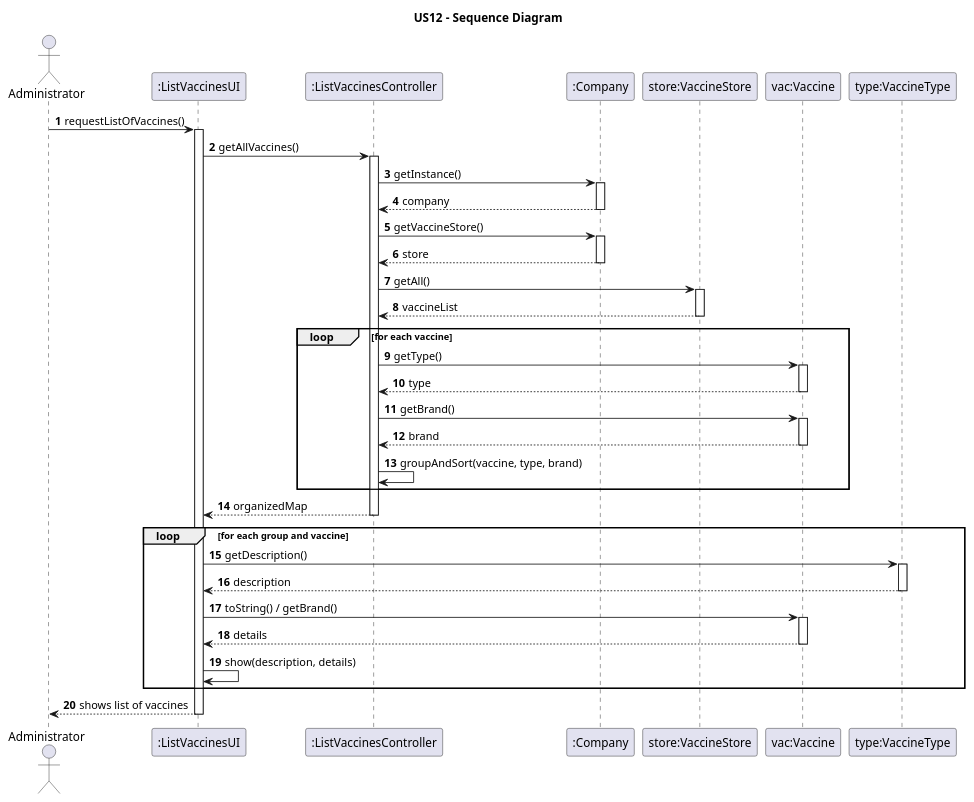
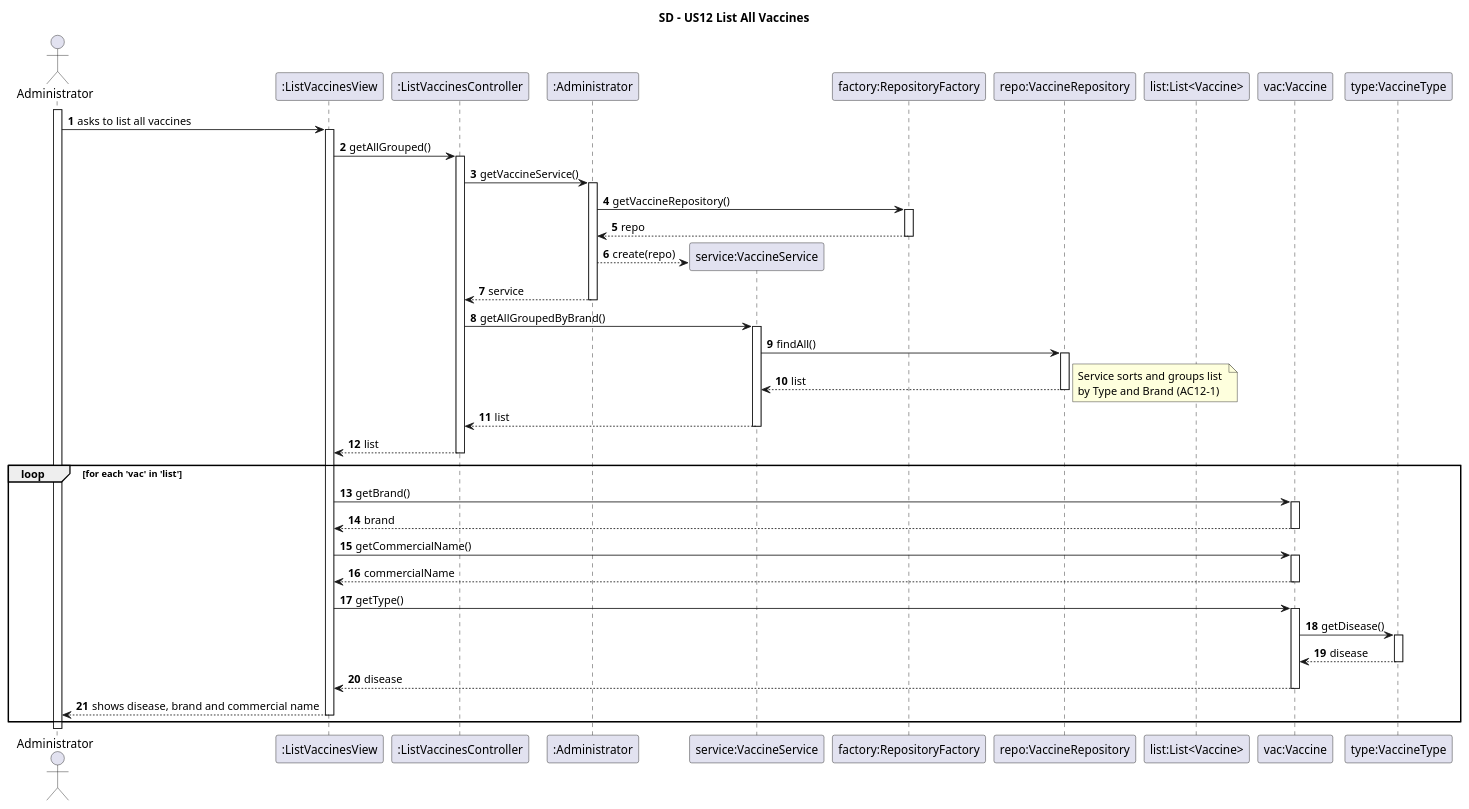
Before and after one commit to luluisfcm/leti-esoft-25-26-B5: the diagram in docs/system-documentation/US12/puml/US12-SD.puml, drawn with PlantUML. The commit also changed 13 other files, not shown here.

```diff
--- a/docs/system-documentation/US12/puml/US12-SD.puml
+++ b/docs/system-documentation/US12/puml/US12-SD.puml
@@ -1,71 +1,46 @@
 @startuml
-title US12 - Sequence Diagram
+title SD – US12 List All Vaccines
+autoactivate on
 autonumber
 
-actor "Administrator" as Admin
-participant ":ListVaccinesUI" as UI
-participant ":ListVaccinesController" as CTRL
-participant ":Company" as COMP
-participant "store:VaccineStore" as STORE
-participant "vac:Vaccine" as VAC
-participant "type:VaccineType" as VTYPE
+actor "Administrator" as User
+participant ":ListVaccinesView" as System
+participant ":ListVaccinesController" as Ctrl
+participant ":Administrator" as Admin
+participant "service:VaccineService" as Service
+participant "factory:RepositoryFactory" as Factory
+participant "repo:VaccineRepository" as Repo
+participant "list:List<Vaccine>" as List
+participant "vac:Vaccine" as Vac
+participant "type:VaccineType" as Type
 
-Admin -> UI : requestListOfVaccines()
-activate UI
+activate User
 
-    UI -> CTRL : getAllVaccines()
-    activate CTRL
+User -> System: asks to list all vaccines
+System -> Ctrl: getAllGrouped()
+Ctrl -> Admin: getVaccineService()
+Admin -> Factory : getVaccineRepository()
+Factory --> Admin: repo
+Admin --> Service**: create(repo)
+Admin --> Ctrl: service
 
-        CTRL -> COMP : getInstance()
-        activate COMP
-        COMP --> CTRL : company
-        deactivate COMP
+Ctrl -> Service: getAllGroupedByBrand()
+Service -> Repo: findAll()
+Repo --> Service: list
+note right: Service sorts and groups list \nby Type and Brand (AC12-1)
+Service --> Ctrl: list
+Ctrl --> System: list
 
-        CTRL -> COMP : getVaccineStore()
-        activate COMP
-        COMP --> CTRL : store
-        deactivate COMP
-
-        ' 1. Obter dados
-        CTRL -> STORE : getAll()
-        activate STORE
-        STORE --> CTRL : vaccineList
-        deactivate STORE
-
-        ' 2. Lógica AC12-1: Agrupar e Ordenar
-        loop for each vaccine
-            CTRL -> VAC : getType()
-            activate VAC
-            VAC --> CTRL : type
-            deactivate VAC
-
-            CTRL -> VAC : getBrand()
-            activate VAC
-            VAC --> CTRL : brand
-            deactivate VAC
-
-            CTRL -> CTRL : groupAndSort(vaccine, type, brand)
-        end
-
-    CTRL --> UI : organizedMap
-    deactivate CTRL
-
-    ' 3. Display na UI
-    loop for each group and vaccine
-        UI -> VTYPE : getDescription()
-        activate VTYPE
-        VTYPE --> UI : description
-        deactivate VTYPE
-
-        UI -> VAC : toString() / getBrand()
-        activate VAC
-        VAC --> UI : details
-        deactivate VAC
-
-        UI -> UI : show(description, details)
-    end
-
-UI --> Admin : shows list of vaccines
-deactivate UI
+loop for each 'vac' in 'list'
+    System -> Vac: getBrand()
+    Vac --> System: brand
+    System -> Vac: getCommercialName()
+    Vac --> System: commercialName
+    System -> Vac: getType()
+    Vac -> Type: getDisease()
+    Type --> Vac: disease
+    Vac --> System: disease
+    System --> User: shows disease, brand and commercial name
+end loop
 
 @enduml
```
